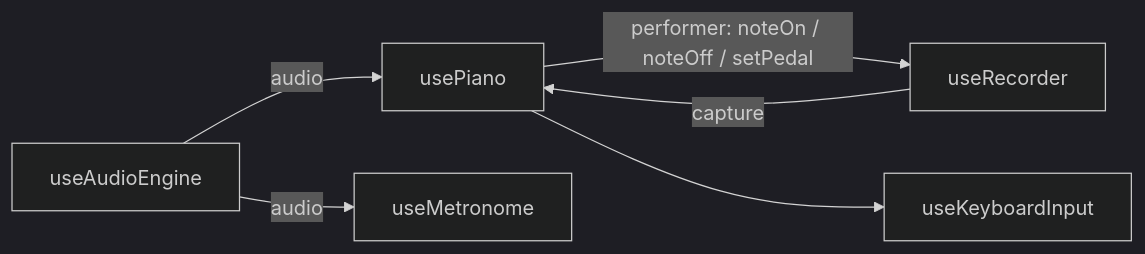
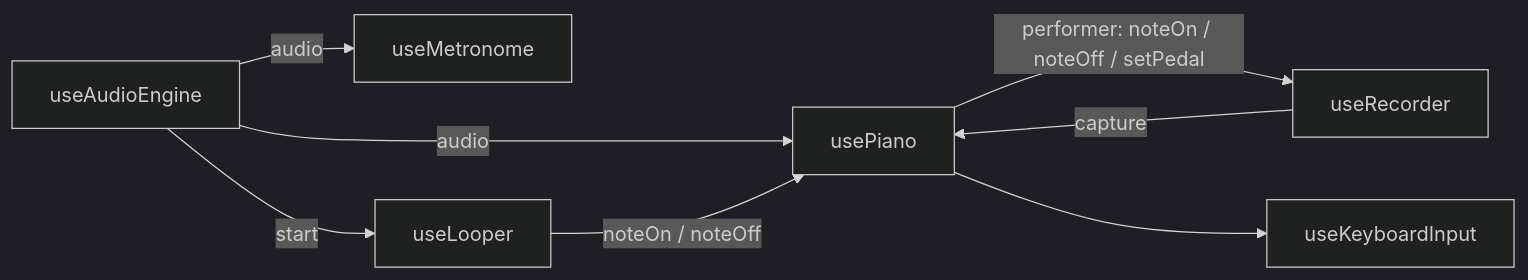
The second of 5 diagrams in docs/architecture.md (satyaidk/funkeys), drawn with Mermaid (dark theme) before and after one commit. The commit also changed other lines of this file and 28 other files, not shown here.

````diff
--- a/docs/architecture.md
+++ b/docs/architecture.md
@@ -118,8 +120,10 @@
 ```mermaid
 flowchart LR
     AE[useAudioEngine] -- audio --> P[usePiano]
     AE -- audio --> M[useMetronome]
     R[useRecorder] -- capture --> P
     P -- performer: noteOn / noteOff / setPedal --> R
     P --> KI[useKeyboardInput]
+    L[useLooper] -- noteOn / noteOff --> P
+    AE -- start --> L
 ```
````
